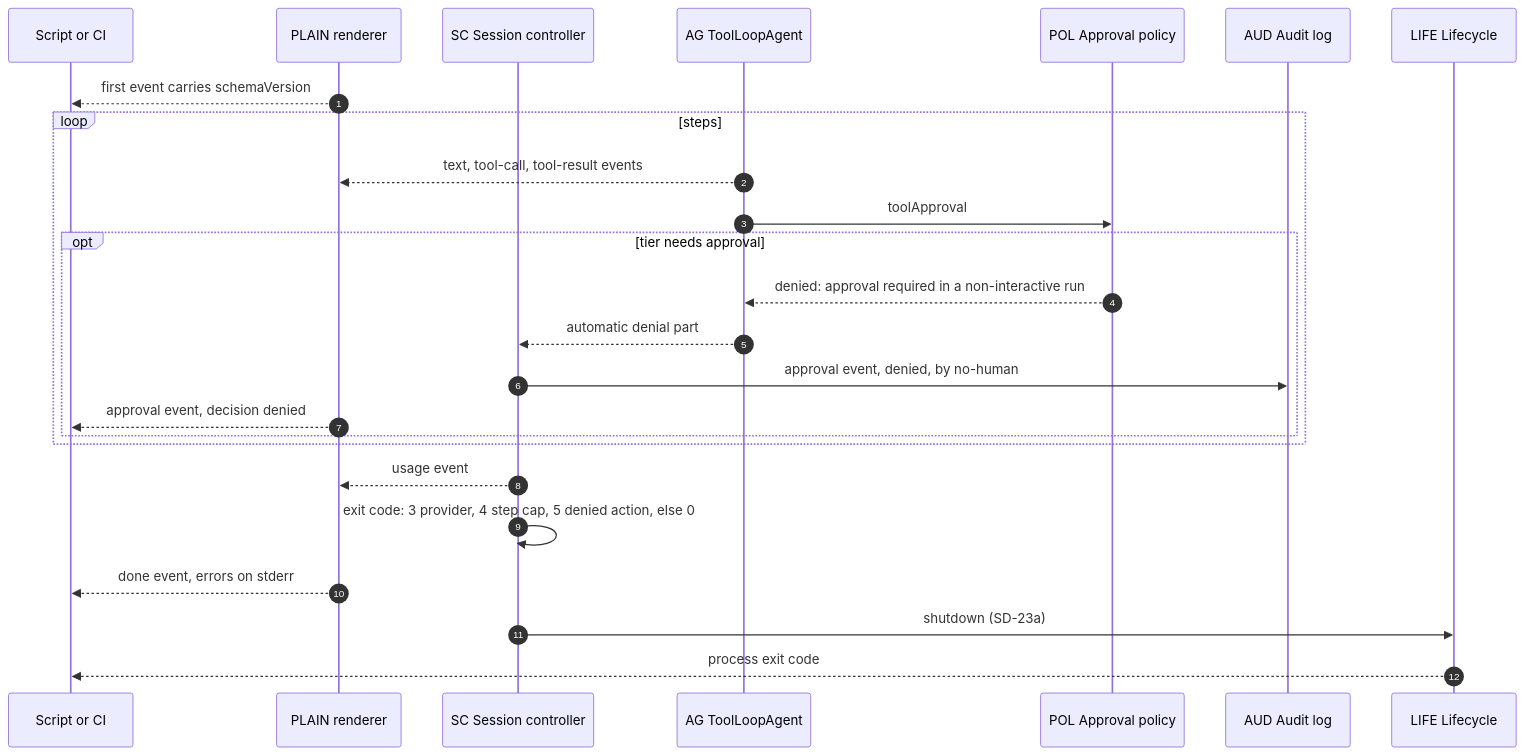
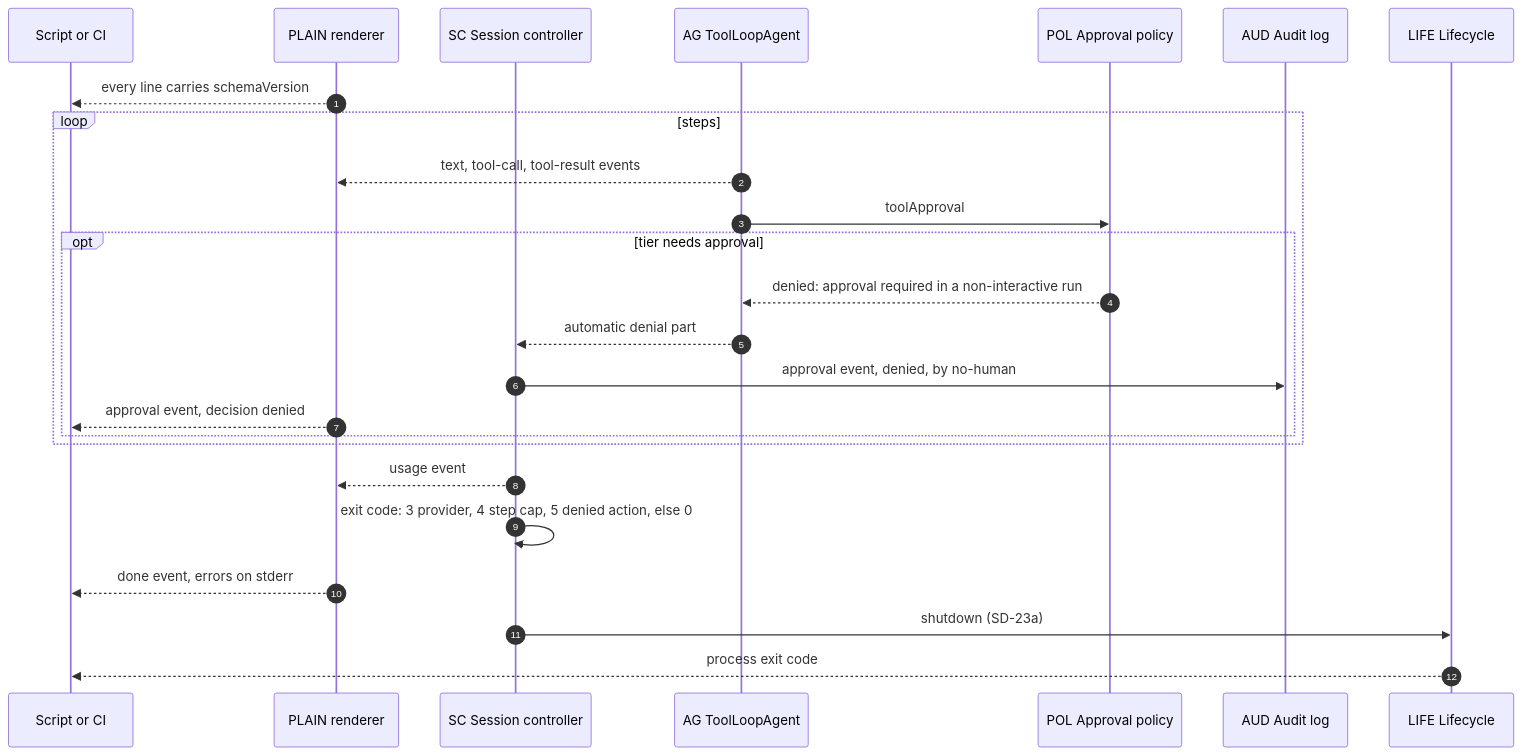
Diagram 22 of 46 in docs/Deliverables/03_sequence_diagrams.md (Dakshnagpal/antai-agent), drawn with Mermaid before and after one commit. The commit also changed other lines of this file and 18 other files, not shown here.

````diff
--- a/docs/Deliverables/03_sequence_diagrams.md
+++ b/docs/Deliverables/03_sequence_diagrams.md
@@ -1209,27 +1217,27 @@
 ```mermaid
 sequenceDiagram
     autonumber
     participant SCR as Script or CI
     participant PLAIN as PLAIN renderer
     participant SC as SC Session controller
     participant AG as AG ToolLoopAgent
     participant POL as POL Approval policy
     participant AUD as AUD Audit log
     participant LIFE as LIFE Lifecycle
-    PLAIN-->>SCR: first event carries schemaVersion
+    PLAIN-->>SCR: every line carries schemaVersion
     loop steps
         AG-->>PLAIN: text, tool-call, tool-result events
         AG->>POL: toolApproval
         opt tier needs approval
             POL-->>AG: denied: approval required in a non-interactive run
             AG-->>SC: automatic denial part
             SC->>AUD: approval event, denied, by no-human
             PLAIN-->>SCR: approval event, decision denied
         end
     end
     SC-->>PLAIN: usage event
     SC->>SC: exit code: 3 provider, 4 step cap, 5 denied action, else 0
     PLAIN-->>SCR: done event, errors on stderr
     SC->>LIFE: shutdown (SD-23a)
     LIFE-->>SCR: process exit code
 ```
````
